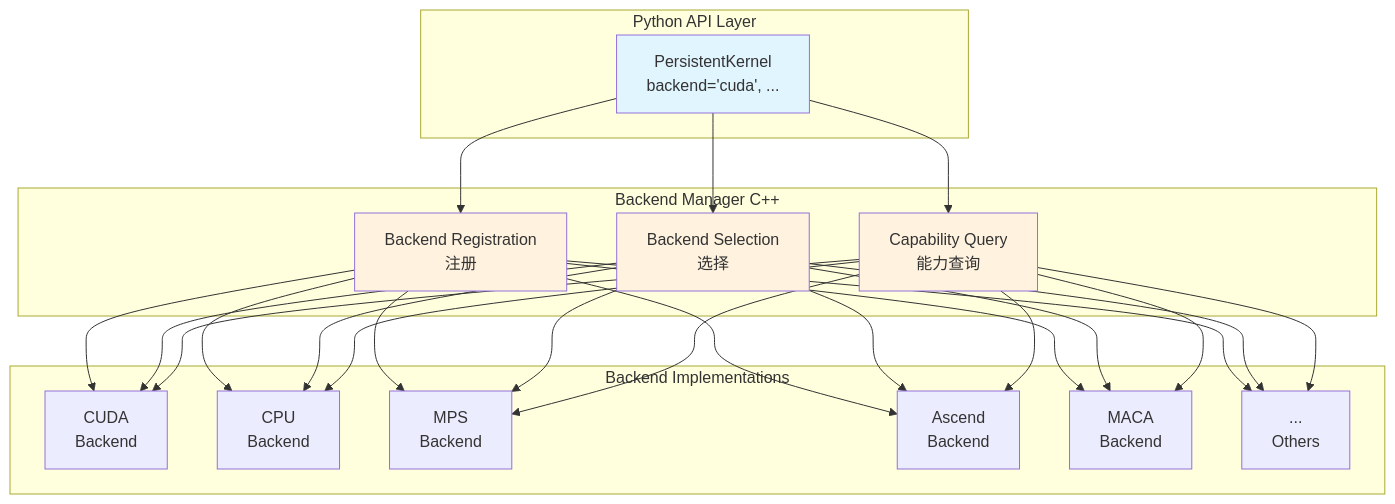
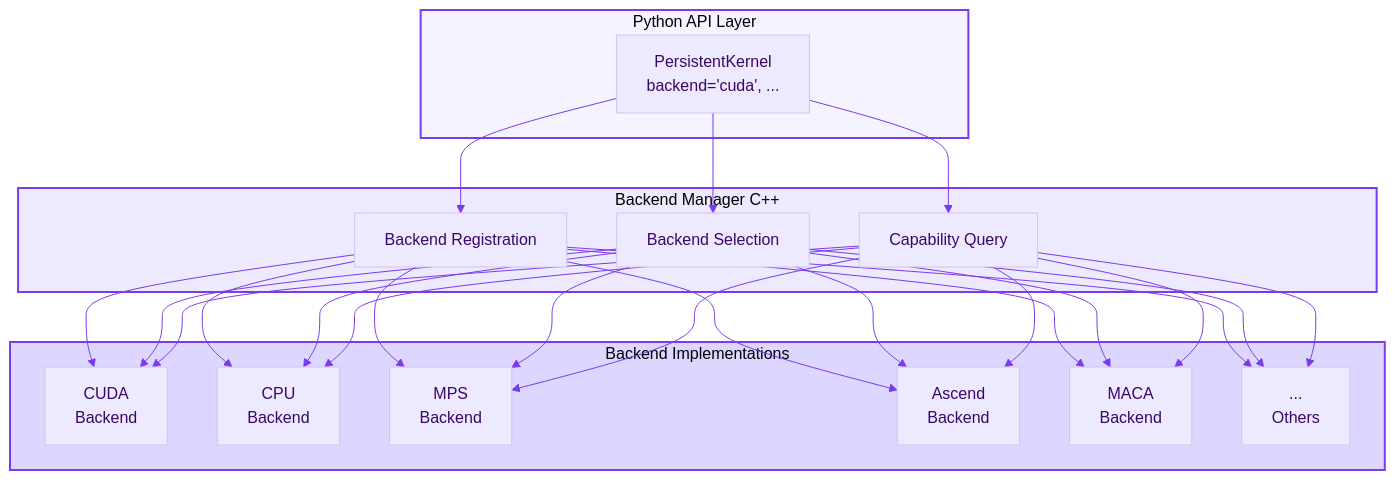
The diagram in docs/ypk/multi_backend_design.md (chenxingqiang/YiRage), drawn with Mermaid before and after one commit. The commit also changed 9 other files, not shown here.

First line of the commit message:
style: unify Mermaid diagrams to minimal purple theme

````diff
--- a/docs/ypk/multi_backend_design.md
+++ b/docs/ypk/multi_backend_design.md
@@ -37,29 +37,29 @@
 ```mermaid
+%%{init: {'theme': 'base', 'themeVariables': { 'primaryColor': '#ede9fe', 'primaryTextColor': '#3b0764', 'lineColor': '#7c3aed'}}}%%
 graph TB
-    subgraph "Python API Layer"
+    subgraph API["Python API Layer"]
         A[PersistentKernel<br/>backend='cuda', ...]
     end
 
-    subgraph "Backend Manager C++"
-        B[Backend Registration<br/>注册]
-        C[Backend Selection<br/>选择]
-        D[Capability Query<br/>能力查询]
+    subgraph MGR["Backend Manager C++"]
+        B[Backend Registration]
+        C[Backend Selection]
+        D[Capability Query]
     end
 
-    subgraph "Backend Implementations"
+    subgraph IMPL["Backend Implementations"]
         E[CUDA<br/>Backend]
         F[CPU<br/>Backend]
         G[MPS<br/>Backend]
         H[Ascend<br/>Backend]
         I[MACA<br/>Backend]
         J[...<br/>Others]
     end
 
     A --> B & C & D
     B & C & D --> E & F & G & H & I & J
 
-    style A fill:#e1f5fe
-    style B fill:#fff3e0
-    style C fill:#fff3e0
-    style D fill:#fff3e0
+    style API fill:#f5f3ff,stroke:#7c3aed,stroke-width:2px
+    style MGR fill:#ede9fe,stroke:#7c3aed,stroke-width:2px
+    style IMPL fill:#ddd6fe,stroke:#7c3aed,stroke-width:2px
 ```
````
